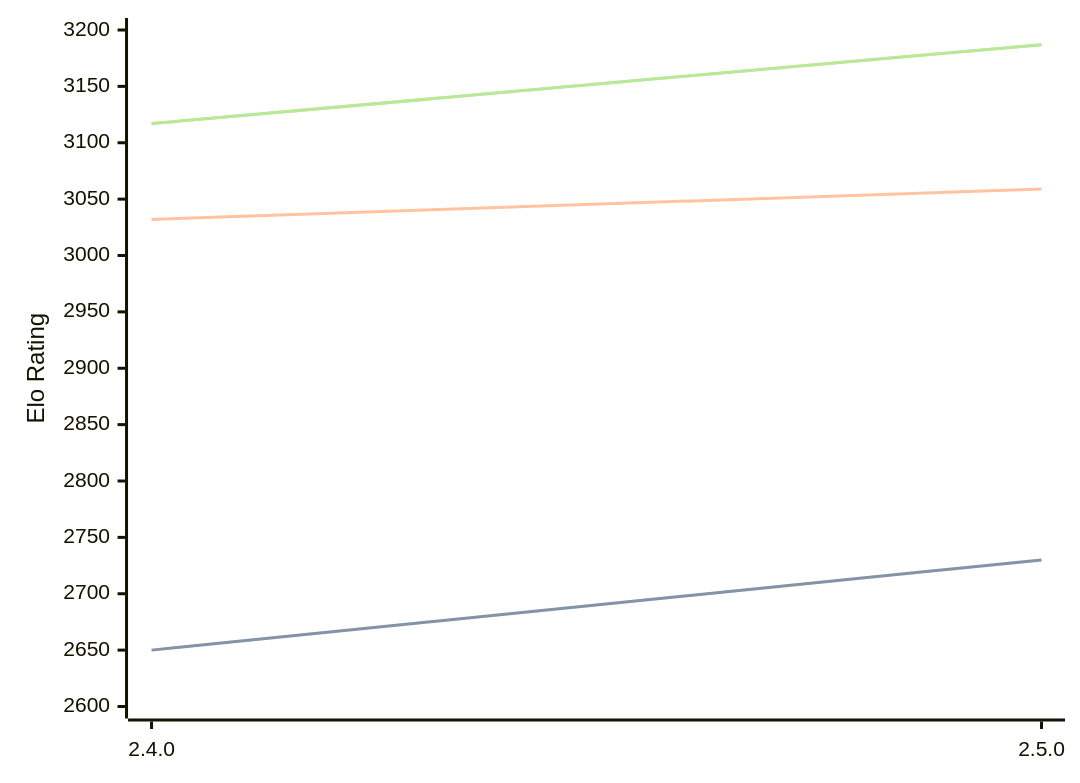
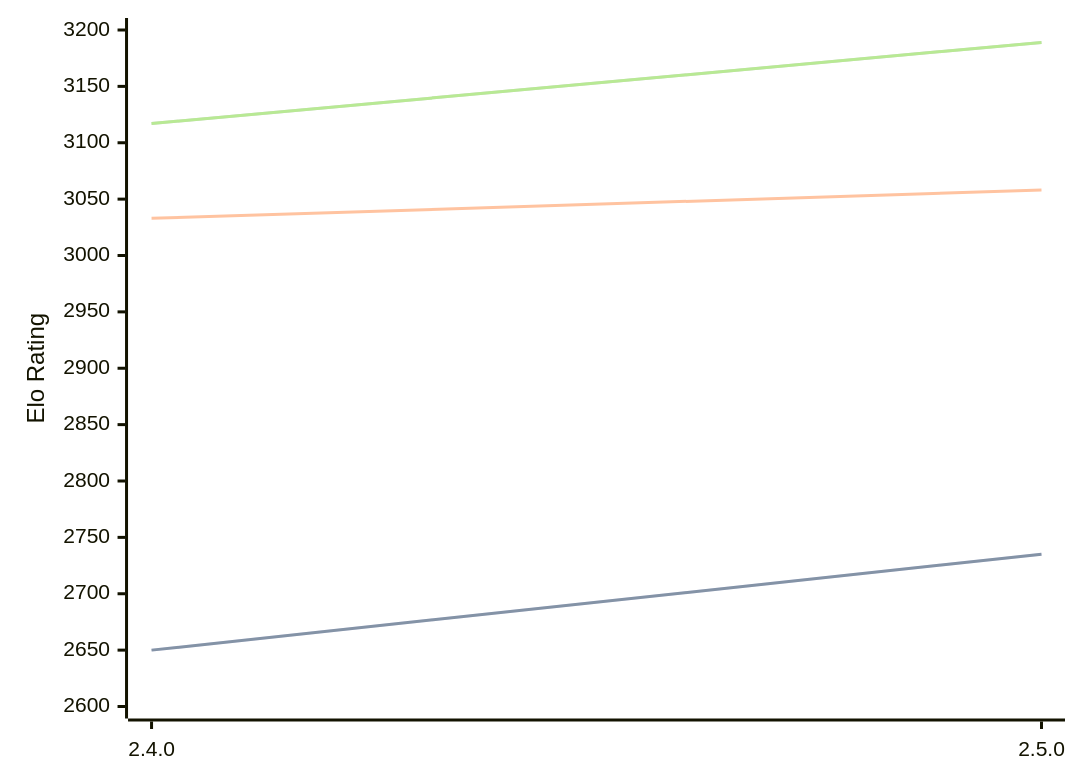
Before and after one commit to computer-chess-index/cci: the diagram in engines/Sturddle2.md, drawn with Mermaid. The commit also changed other lines of this file, not shown here.

Commit message:
Update CCI Ratings (ELO VLTC) - 2026-04-01

````diff
--- a/engines/Sturddle2.md
+++ b/engines/Sturddle2.md
@@ -37,11 +37,11 @@
 ```mermaid
 %%{init: {"theme":"base","themeVariables":{"seriesColors:['#a3a3a3','#222221','#faa371']}}}%%
 xychart-beta
   x-axis ["2.4.0", "2.5.0"]
   y-axis "Elo Rating" 2600 --> 3200
-  line "STC (8.0+0.08s)" [2650, 2730]
-  line "STC (8.0+0.08s)" [2650, 2730]
-  line "LTC (60.0+0.60s)" [3032, 3059]
-  line "VLTC (2m24s+1.12s)" [3117, 3187]
-  line "VLTC (2m24s+1.12s)" [3117, 3187]
+  line "STC (8.0+0.08s)" [2650, 2735]
+  line "STC (8.0+0.08s)" [2650, 2735]
+  line "LTC (60.0+0.60s)" [3033, 3058]
+  line "VLTC (2m24s+1.12s)" [3117, 3189]
+  line "VLTC (2m24s+1.12s)" [3117, 3189]
 ```
````
